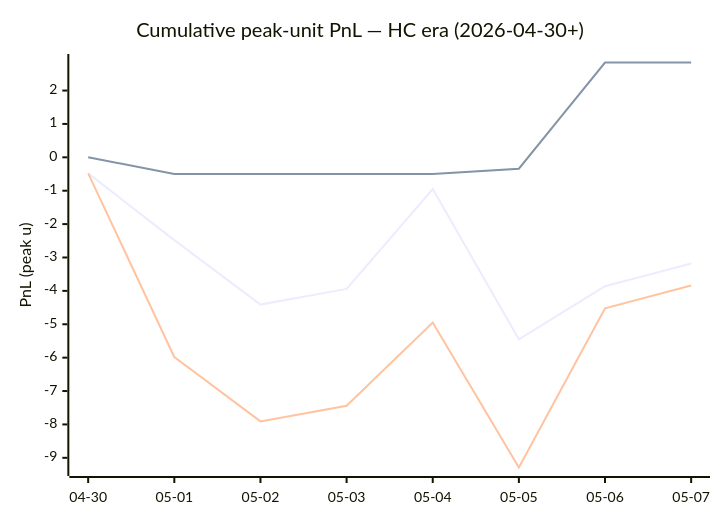
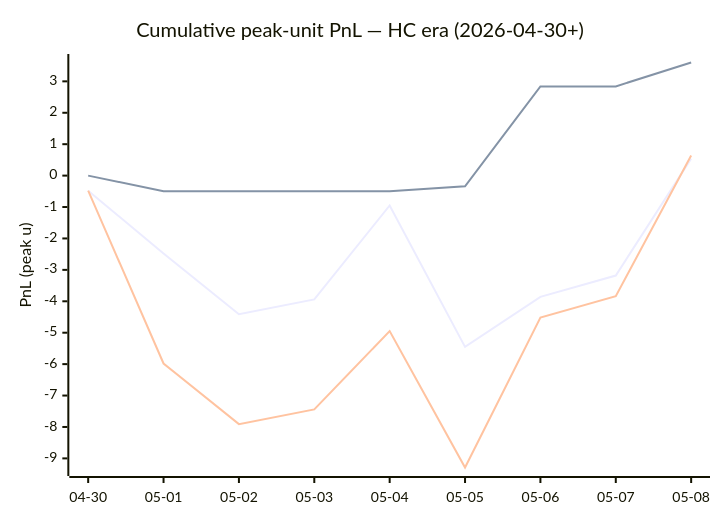
Before and after one commit to dpk1212/nhl-savant: the diagram in DAILY_V6_REPORT.md, drawn with Mermaid. The commit also changed other lines of this file, not shown here.

````diff
--- a/DAILY_V6_REPORT.md
+++ b/DAILY_V6_REPORT.md
@@ -154,9 +165,9 @@
 ```mermaid
 xychart-beta
     title "Cumulative peak-unit PnL — HC era (2026-04-30+)"
-    x-axis ["04-30", "05-01", "05-02", "05-03", "05-04", "05-05", "05-06", "05-07"]
+    x-axis ["04-30", "05-01", "05-02", "05-03", "05-04", "05-05", "05-06", "05-07", "05-08"]
     y-axis "PnL (peak u)"
-    line "HC ≥ +1" [-0.48, -2.48, -4.41, -3.94, -0.95, -5.45, -3.86, -3.18]
-    line "HC = 0"  [0.00, -0.50, -0.50, -0.50, -0.50, -0.34, 2.84, 2.84]
-    line "All (HC era)" [-0.48, -5.98, -7.91, -7.44, -4.95, -9.29, -4.52, -3.84]
+    line "HC ≥ +1" [-0.48, -2.48, -4.41, -3.94, -0.95, -5.45, -3.86, -3.18, 0.54]
+    line "HC = 0"  [0.00, -0.50, -0.50, -0.50, -0.50, -0.34, 2.84, 2.84, 3.60]
+    line "All (HC era)" [-0.48, -5.98, -7.91, -7.44, -4.95, -9.29, -4.52, -3.84, 0.64]
 ```
````
